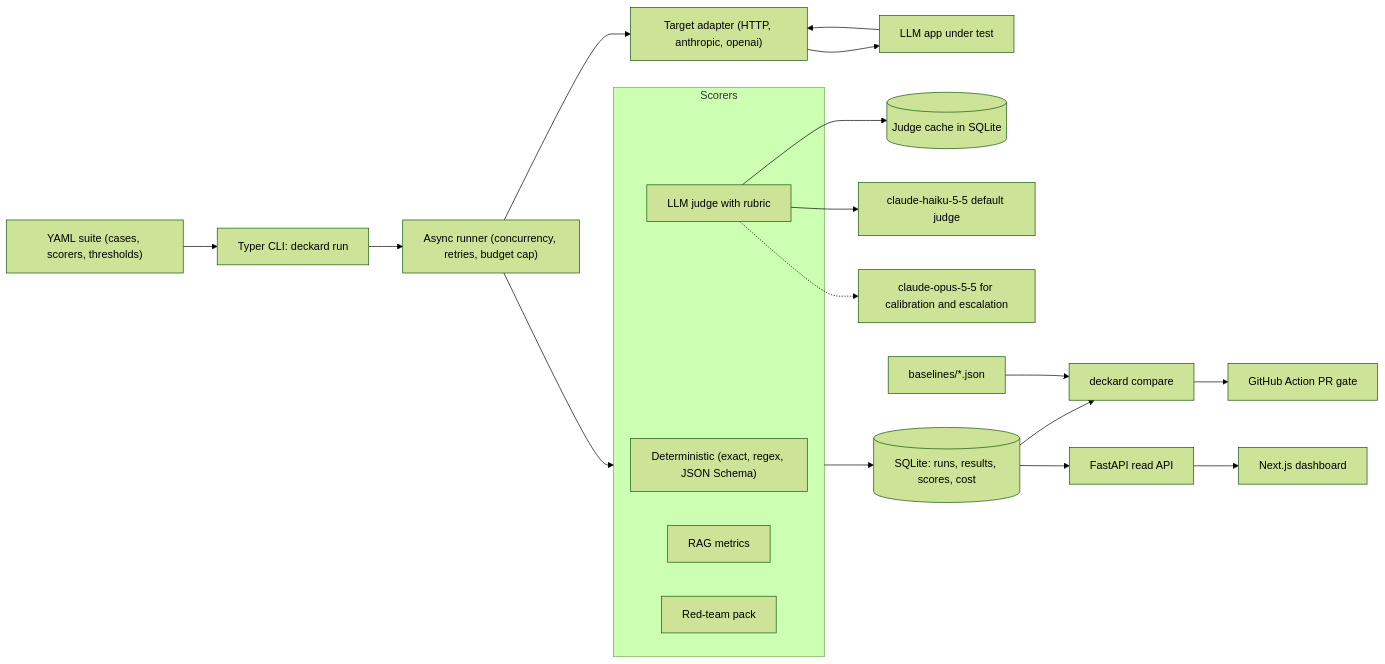
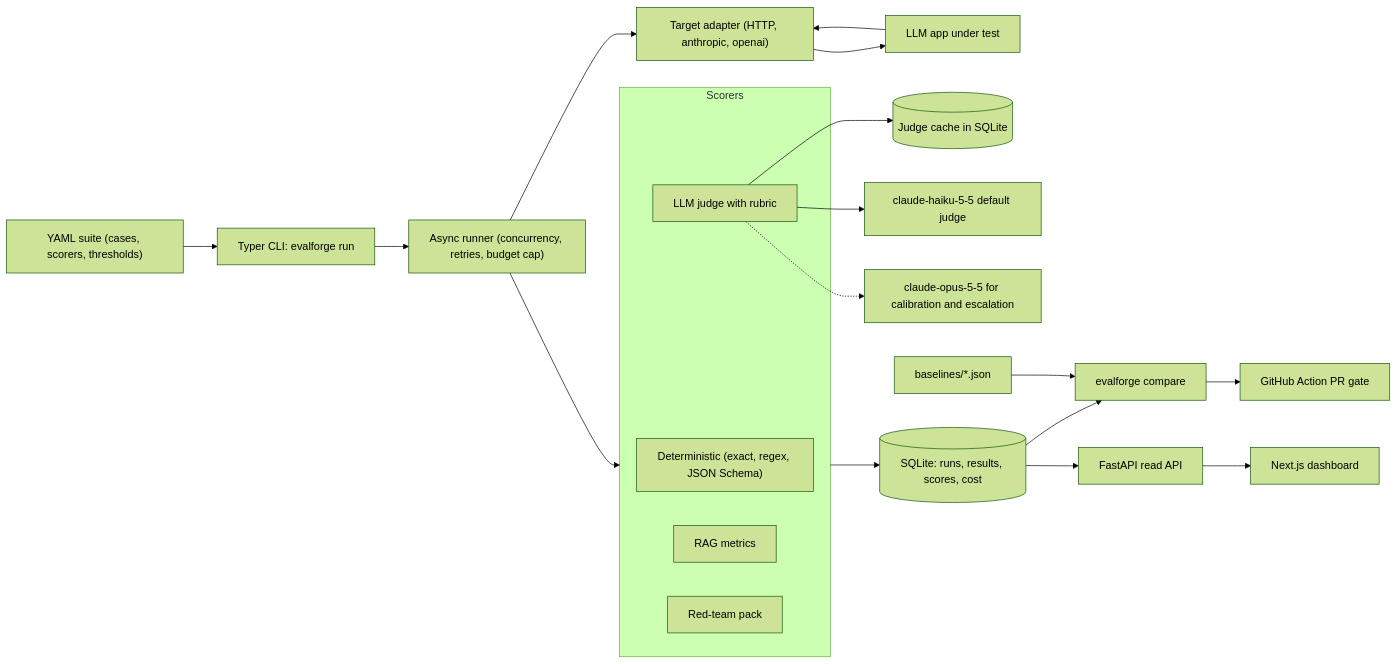
The diagram in README.md (striderzz/EvalForge-LLMOps), drawn with Mermaid (forest theme) before and after one commit. The commit also changed other lines of this file and 2 other files, not shown here.

First line of the commit message:
Rename project to evalforge-llmops

````diff
--- a/README.md
+++ b/README.md
@@ -28,24 +28,24 @@
 ```mermaid
 flowchart LR
-    Suite["YAML suite (cases, scorers, thresholds)"] --> CLI["Typer CLI: deckard run"]
+    Suite["YAML suite (cases, scorers, thresholds)"] --> CLI["Typer CLI: evalforge run"]
     CLI --> Runner["Async runner (concurrency, retries, budget cap)"]
     Runner --> Target["Target adapter (HTTP, anthropic, openai)"]
     Target --> App["LLM app under test"]
     App --> Target
     Runner --> Scorers
     subgraph Scorers["Scorers"]
         Det["Deterministic (exact, regex, JSON Schema)"]
         Judge["LLM judge with rubric"]
         Rag["RAG metrics"]
         Red["Red-team pack"]
     end
     Judge --> Cache[("Judge cache in SQLite")]
     Judge --> Haiku["claude-haiku-5-5 default judge"]
     Judge -.-> Opus["claude-opus-5-5 for calibration and escalation"]
     Scorers --> DB[("SQLite: runs, results, scores, cost")]
-    DB --> Compare["deckard compare"]
+    DB --> Compare["evalforge compare"]
     Baseline["baselines/*.json"] --> Compare
     Compare --> Action["GitHub Action PR gate"]
     DB --> API["FastAPI read API"]
     API --> Dash["Next.js dashboard"]
 ```
````
